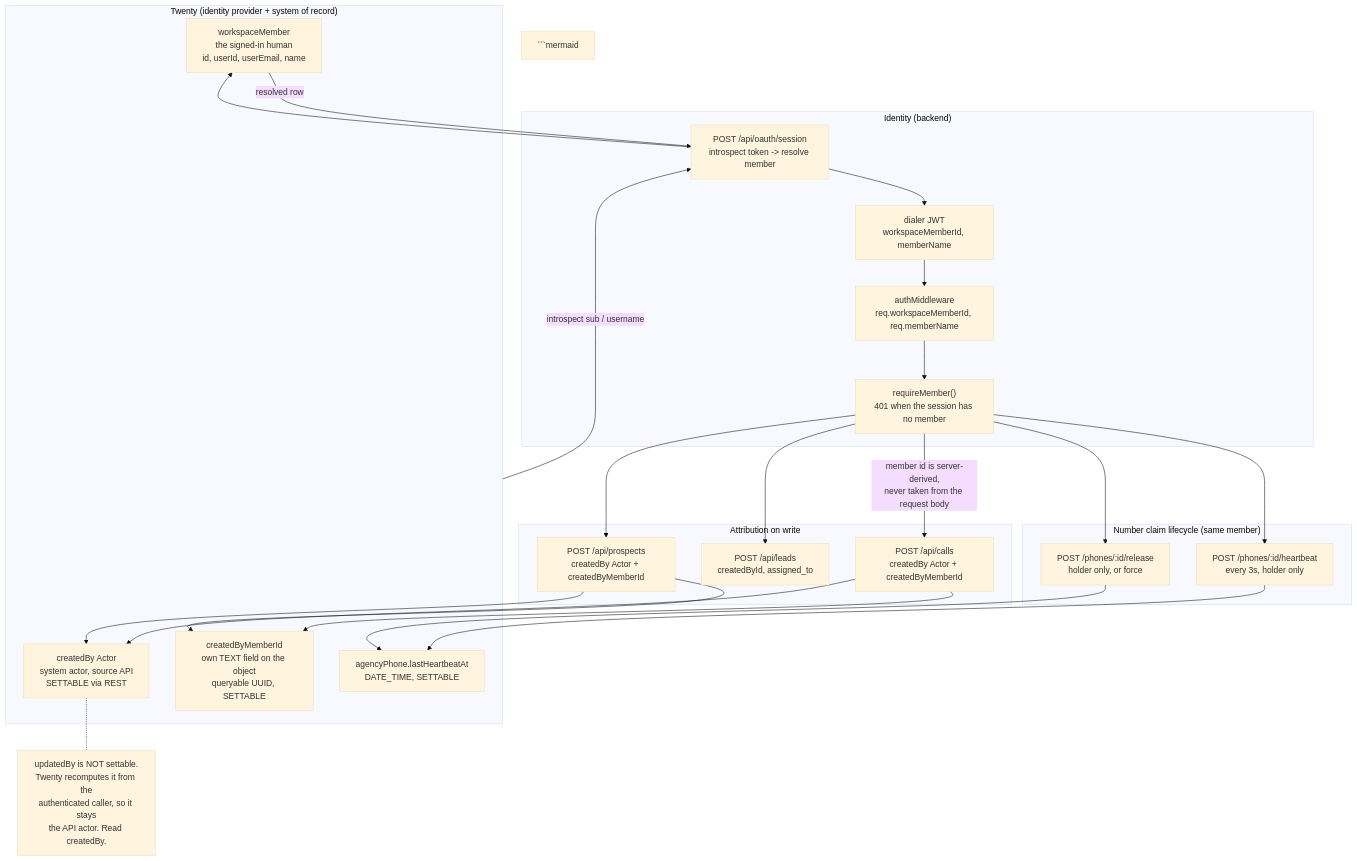
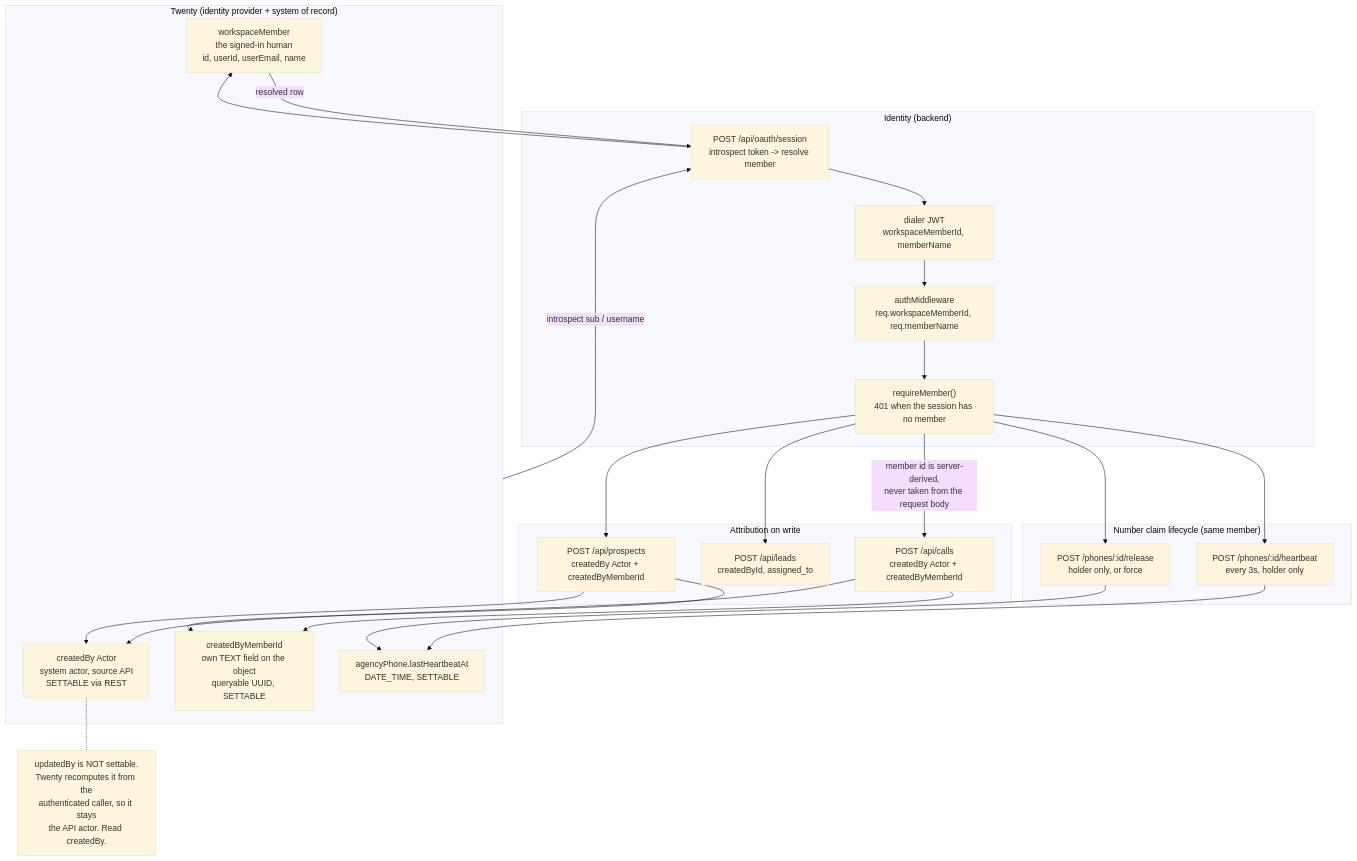
The ninth of 9 diagrams in README.md (matthewdonsemail-lab/dialer), drawn with Mermaid (base theme) before and after one commit. The commit also changed other lines of this file and 7 other files, not shown here.

````diff
--- a/README.md
+++ b/README.md
@@ -690,48 +854,47 @@
 ```mermaid
 flowchart TB
     subgraph twenty ["Twenty (identity provider + system of record)"]
         wm["workspaceMember<br/>the signed-in human<br/>id, userId, userEmail, name"]
         actor["createdBy Actor<br/>system actor, source API<br/>SETTABLE via REST"]
         own["createdByMemberId<br/>own TEXT field on the object<br/>queryable UUID, SETTABLE"]
         beat["agencyPhone.lastHeartbeatAt<br/>DATE_TIME, SETTABLE"]
     end
 
     subgraph auth ["Identity (backend)"]
         sess["POST /api/oauth/session<br/>introspect token -> resolve member"]
         jwt["dialer JWT<br/>workspaceMemberId, memberName"]
         mw["authMiddleware<br/>req.workspaceMemberId, req.memberName"]
         guard["requireMember()<br/>401 when the session has no member"]
     end
 
     subgraph writes ["Attribution on write"]
         calls["POST /api/calls<br/>createdBy Actor + createdByMemberId"]
         leads["POST /api/leads<br/>createdById, assigned_to"]
         pro["POST /api/prospects<br/>createdBy Actor + createdByMemberId"]
     end
 
     subgraph claim ["Number claim lifecycle (same member)"]
         hb["POST /phones/:id/heartbeat<br/>every 3s, holder only"]
         rel["POST /phones/:id/release<br/>holder only, or force"]
     end
 
     twenty -->|"introspect sub / username"| sess
     sess --> wm
     wm -->|"resolved row"| sess
     sess --> jwt --> mw --> guard
     guard -->|"member id is server-derived,<br/>never taken from the request body"| calls
     guard --> leads
     guard --> pro
     guard --> hb
     guard --> rel
 
     calls --> actor
     calls --> own
     pro --> own
     pro --> actor
     hb --> beat
     rel --> beat
 
     note1["updatedBy is NOT settable.<br/>Twenty recomputes it from the<br/>authenticated caller, so it stays<br/>the API actor. Read createdBy."]
     actor -.- note1
-```mermaid
 ```
````
